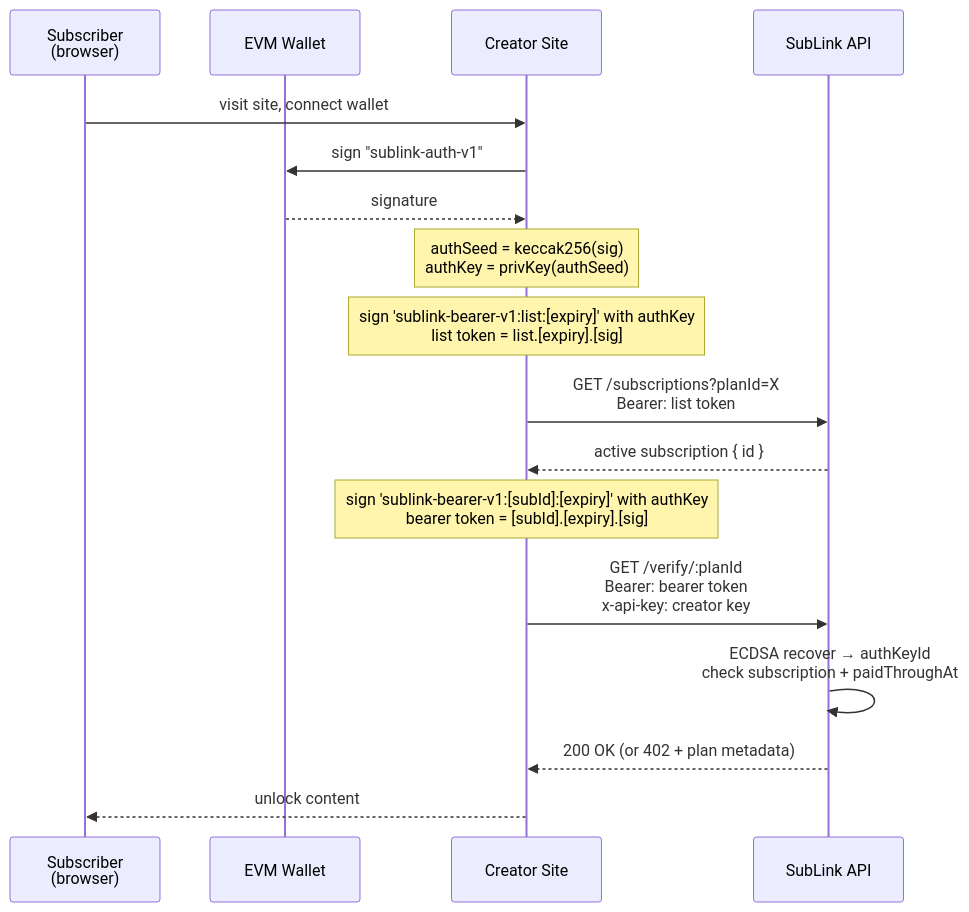
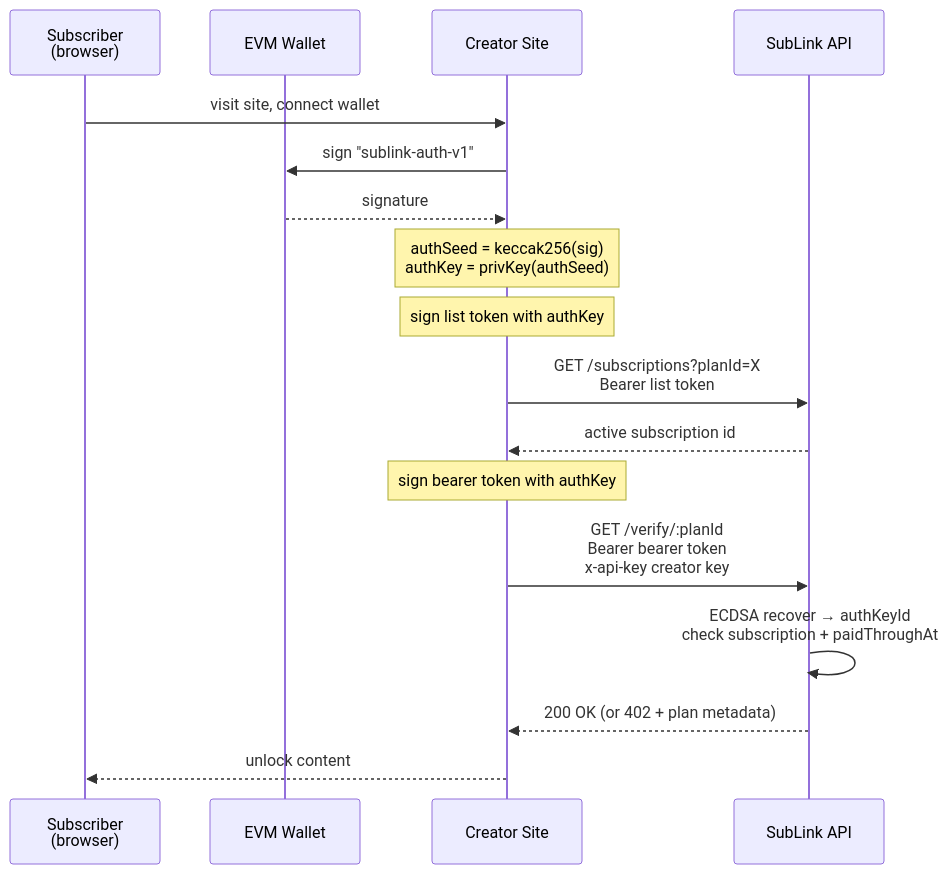
The diagram in README.md (chebykin/SubLink), drawn with Mermaid before and after one commit.

````diff
--- a/README.md
+++ b/README.md
@@ -89,22 +89,22 @@
 ```mermaid
 sequenceDiagram
     participant U as Subscriber<br/>(browser)
     participant W as EVM Wallet
     participant C as Creator Site
     participant S as SubLink API
 
     U->>C: visit site, connect wallet
     C->>W: sign "sublink-auth-v1"
     W-->>C: signature
     Note over C: authSeed = keccak256(sig)<br/>authKey = privKey(authSeed)
 
-    Note over C: sign 'sublink-bearer-v1:list:[expiry]' with authKey<br/>list token = list.[expiry].[sig]
-    C->>S: GET /subscriptions?planId=X<br/>Bearer: list token
-    S-->>C: active subscription { id }
+    Note over C: sign list token with authKey
+    C->>S: GET /subscriptions?planId=X<br/>Bearer list token
+    S-->>C: active subscription id
 
-    Note over C: sign 'sublink-bearer-v1:[subId]:[expiry]' with authKey<br/>bearer token = [subId].[expiry].[sig]
-    C->>S: GET /verify/:planId<br/>Bearer: bearer token<br/>x-api-key: creator key
+    Note over C: sign bearer token with authKey
+    C->>S: GET /verify/:planId<br/>Bearer bearer token<br/>x-api-key creator key
     S->>S: ECDSA recover → authKeyId<br/>check subscription + paidThroughAt
     S-->>C: 200 OK  (or 402 + plan metadata)
     C-->>U: unlock content
 ```
````
